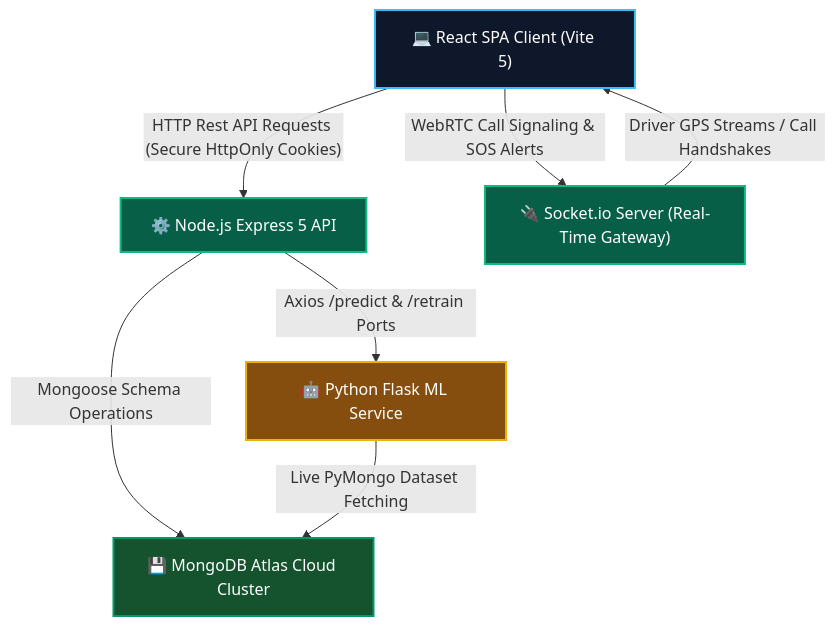
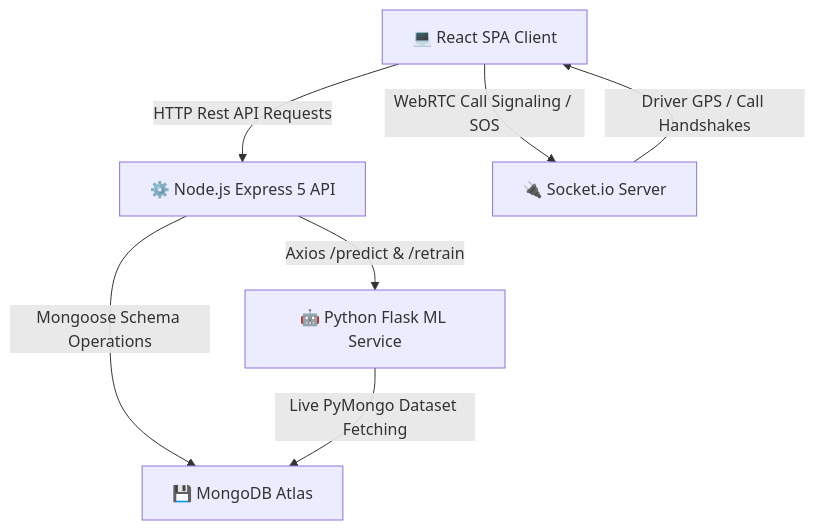
One commit to Shubhankarmaity/MediCare-Plus changed the diagram in README.md. Above: the diagram before and after it, drawn with Mermaid. The commit also changed other lines of this file and 2 other files, not shown here.

Commit message:
fix: remove dynamic screenshots and solve Mermaid rendering layout errors

````diff
--- a/README.md
+++ b/README.md
@@ -42,20 +42,9 @@
 ```mermaid
 graph TD
-    classDef client fill:#0f172a,stroke:#38bdf8,stroke-width:2px,color:#fff;
-    classDef node fill:#065f46,stroke:#10b981,stroke-width:2px,color:#fff;
-    classDef db fill:#14532d,stroke:#059669,stroke-width:2px,color:#fff;
-    classDef python fill:#854d0e,stroke:#eab308,stroke-width:2px,color:#fff;
-    
-    A["💻 React SPA Client (Vite 5)"]:::client
-    B["⚙️ Node.js Express 5 API"]:::node
-    C["🔌 Socket.io Server (Real-Time Gateway)"]:::node
-    D["💾 MongoDB Atlas Cloud Cluster"]:::db
-    E["🤖 Python Flask ML Service"]:::python
-    
-    A -- "HTTP Rest API Requests (Secure HttpOnly Cookies)" --> B
-    A -- "WebRTC Call Signaling & SOS Alerts" --> C
-    B -- "Mongoose Schema Operations" --> D
-    C -- "Driver GPS Streams / Call Handshakes" --> A
-    B -- "Axios /predict & /retrain Ports" --> E
-    E -- "Live PyMongo Dataset Fetching" --> D
+    A[💻 React SPA Client] -->|HTTP Rest API Requests| B[⚙️ Node.js Express 5 API]
+    A -->|WebRTC Call Signaling / SOS| C[🔌 Socket.io Server]
+    B -->|Mongoose Schema Operations| D[💾 MongoDB Atlas]
+    C -->|Driver GPS / Call Handshakes| A
+    B -->|Axios /predict & /retrain| E[🤖 Python Flask ML Service]
+    E -->|Live PyMongo Dataset Fetching| D
 ```
````
